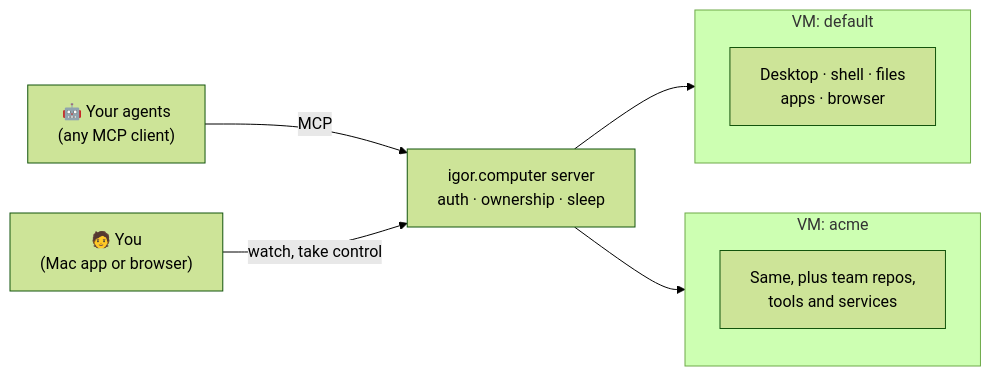
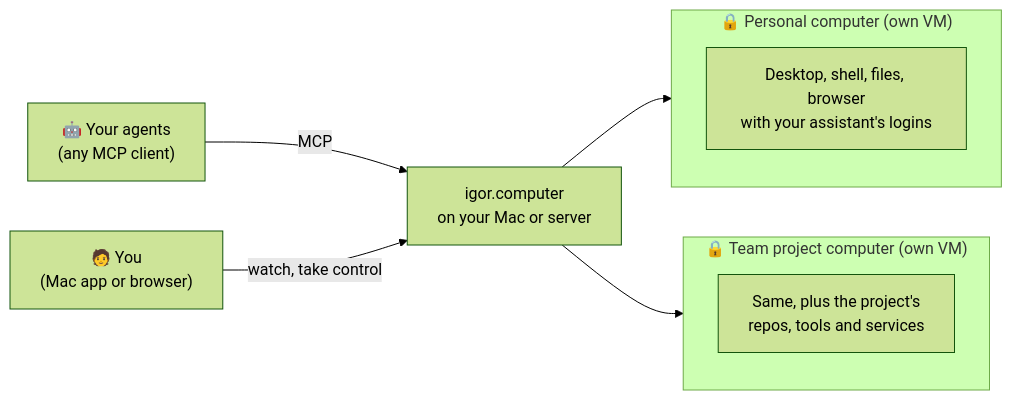
Before and after one commit to DaniGuardiola/igor.computer: the diagram in README.md, drawn with Mermaid (forest theme). The commit also changed other lines of this file, not shown here.

Commit message:
Name the README diagram's computers by what they're for

````diff
--- a/README.md
+++ b/README.md
@@ -20,13 +20,13 @@
 ```mermaid
 flowchart LR
   A["🤖 Your agents<br/>(any MCP client)"] -->|MCP| S
   Y["🧑 You<br/>(Mac app or browser)"] -->|watch, take control| S
-  S["igor.computer server<br/>auth · ownership · sleep"] --> V1
+  S["igor.computer<br/>on your Mac or server"] --> V1
   S --> V2
-  subgraph V1["VM: default"]
-    C1["Desktop · shell · files<br/>apps · browser"]
+  subgraph V1["🔒 Personal computer (own VM)"]
+    C1["Desktop, shell, files, browser<br/>with your assistant's logins"]
   end
-  subgraph V2["VM: acme"]
-    C2["Same, plus team repos,<br/>tools and services"]
+  subgraph V2["🔒 Team project computer (own VM)"]
+    C2["Same, plus the project's<br/>repos, tools and services"]
   end
 ```
````
